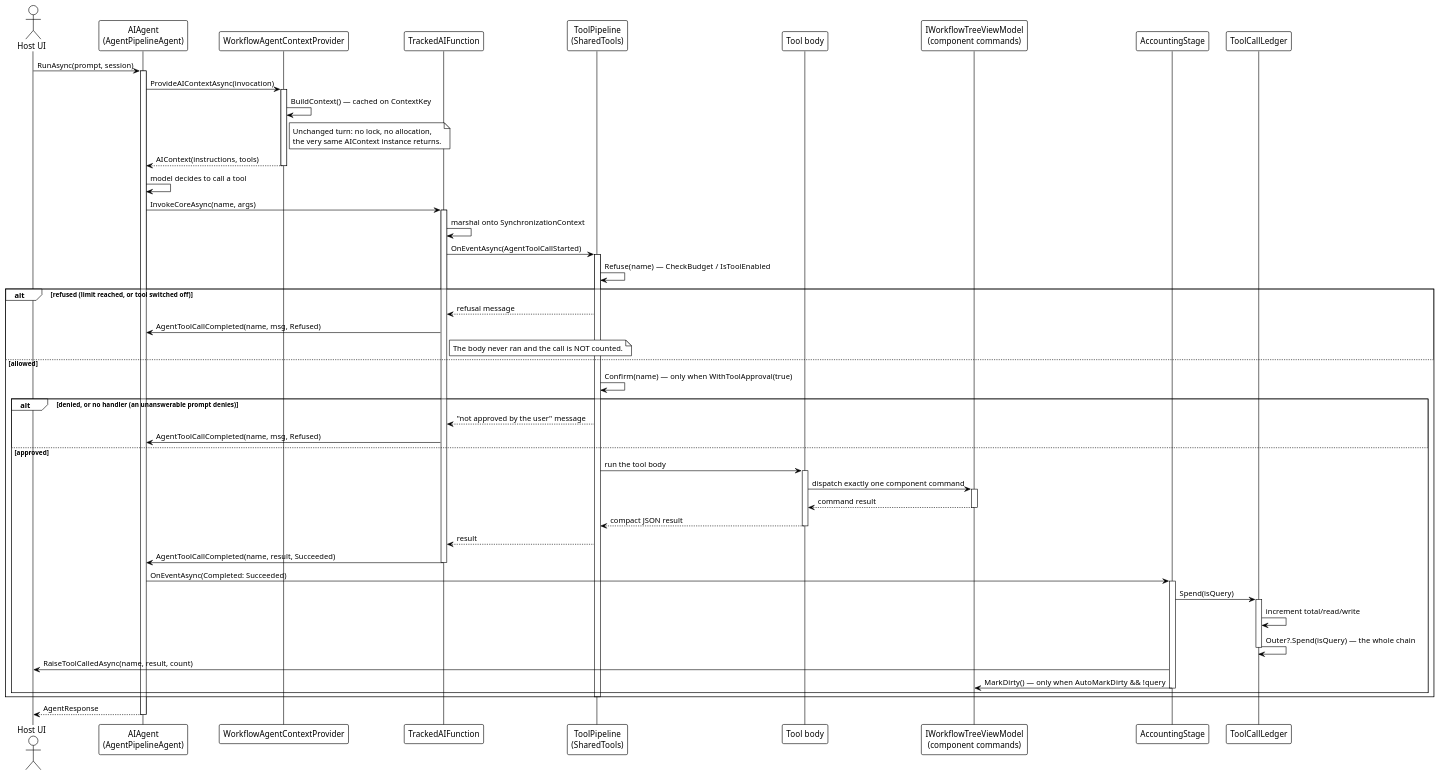
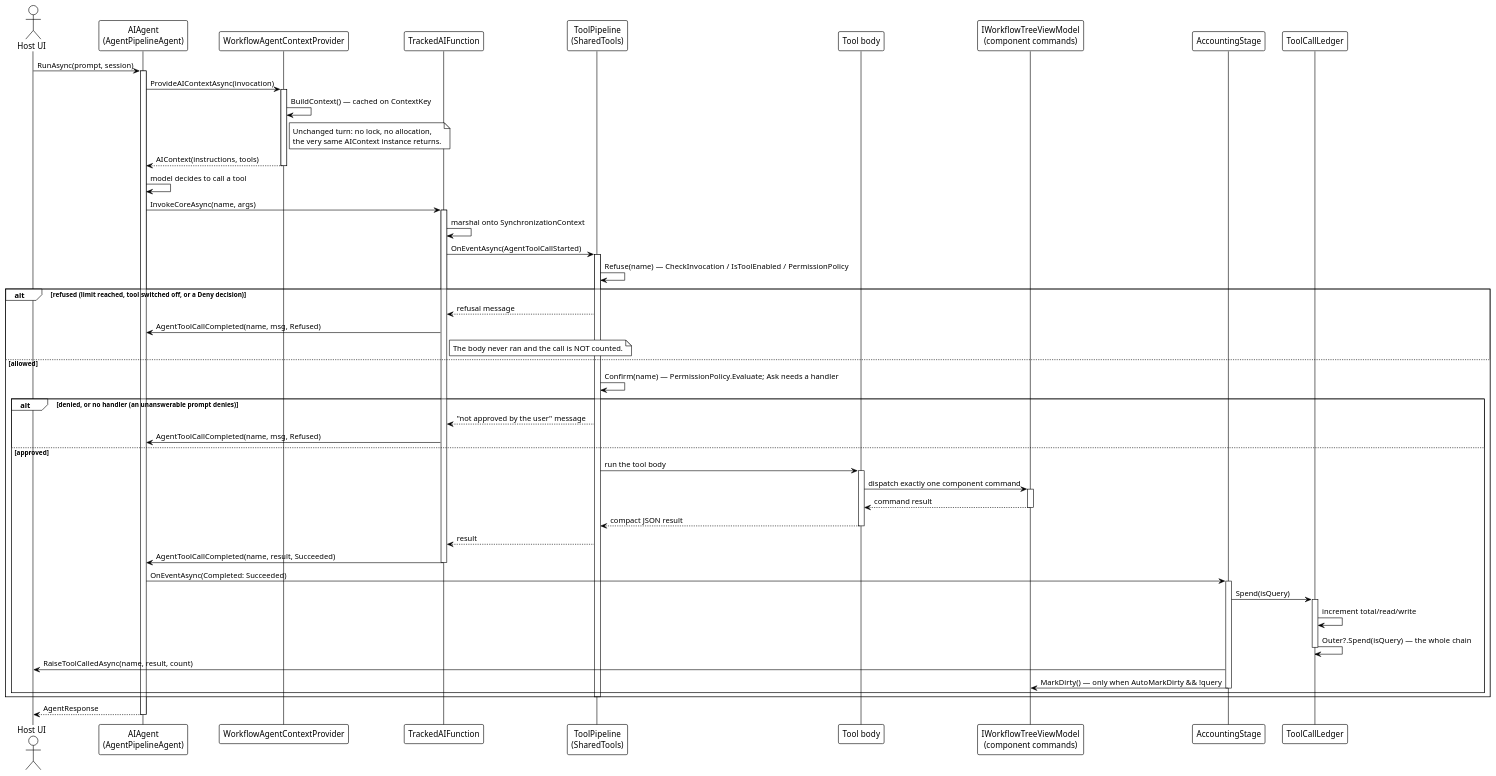
Before and after one commit to Axvser/VeloxDev.Docs: the diagram in src/CloudGlyph/Assets/Docs/content/en/3_SE_Analysis/03_data-flow/01_workflow-agent/00_agent-tool-call/index.md, drawn with PlantUML. The commit also changed other lines of this file and 616 other files, not shown here.

````diff
--- a/src/CloudGlyph/Assets/Docs/content/en/3_SE_Analysis/03_data-flow/01_workflow-agent/00_agent-tool-call/index.md
+++ b/src/CloudGlyph/Assets/Docs/content/en/3_SE_Analysis/03_data-flow/01_workflow-agent/00_agent-tool-call/index.md
@@ -5,76 +5,76 @@
 ```plantuml
 @startuml
 !theme plain
 
 actor "Host UI" as Host
 participant "AIAgent\n(AgentPipelineAgent)" as Agent
 participant "WorkflowAgentContextProvider" as Provider
 participant "TrackedAIFunction" as Tracked
 participant "ToolPipeline\n(SharedTools)" as Gate
 participant "Tool body" as Tool
 participant "IWorkflowTreeViewModel\n(component commands)" as Tree
 participant "AccountingStage" as Acct
 participant "ToolCallLedger" as Ledger
 
 Host -> Agent: RunAsync(prompt, session)
 activate Agent
 Agent -> Provider: ProvideAIContextAsync(invocation)
 activate Provider
 Provider -> Provider: BuildContext() — cached on ContextKey
 note right of Provider
   Unchanged turn: no lock, no allocation,
   the very same AIContext instance returns.
 end note
 Provider --> Agent: AIContext(instructions, tools)
 deactivate Provider
 
 Agent -> Agent: model decides to call a tool
 Agent -> Tracked: InvokeCoreAsync(name, args)
 activate Tracked
 Tracked -> Tracked: marshal onto SynchronizationContext
 Tracked -> Gate: OnEventAsync(AgentToolCallStarted)
 activate Gate
 
-Gate -> Gate: Refuse(name)  — CheckBudget / IsToolEnabled
-alt refused (limit reached, or tool switched off)
+Gate -> Gate: Refuse(name)  — CheckInvocation / IsToolEnabled / PermissionPolicy
+alt refused (limit reached, tool switched off, or a Deny decision)
     Gate --> Tracked: refusal message
     Tracked -> Agent: AgentToolCallCompleted(name, msg, Refused)
     note right of Tracked
       The body never ran and the call is NOT counted.
     end note
 else allowed
-    Gate -> Gate: Confirm(name)  — only when WithToolApproval(true)
+    Gate -> Gate: Confirm(name)  — PermissionPolicy.Evaluate; Ask needs a handler
     alt denied, or no handler (an unanswerable prompt denies)
         Gate --> Tracked: "not approved by the user" message
         Tracked -> Agent: AgentToolCallCompleted(name, msg, Refused)
     else approved
         Gate -> Tool: run the tool body
         activate Tool
         Tool -> Tree: dispatch exactly one component command
         activate Tree
         Tree --> Tool: command result
         deactivate Tree
         Tool --> Gate: compact JSON result
         deactivate Tool
         Gate --> Tracked: result
         Tracked -> Agent: AgentToolCallCompleted(name, result, Succeeded)
         deactivate Tracked
 
         Agent -> Acct: OnEventAsync(Completed: Succeeded)
         activate Acct
         Acct -> Ledger: Spend(isQuery)
         activate Ledger
         Ledger -> Ledger: increment total/read/write
         Ledger -> Ledger: Outer?.Spend(isQuery)  — the whole chain
         deactivate Ledger
         Acct -> Host: RaiseToolCalledAsync(name, result, count)
         Acct -> Tree: MarkDirty()  — only when AutoMarkDirty && !query
         deactivate Acct
     end
     deactivate Gate
 end
 
 Agent --> Host: AgentResponse
 deactivate Agent
 @enduml
 ```
````
